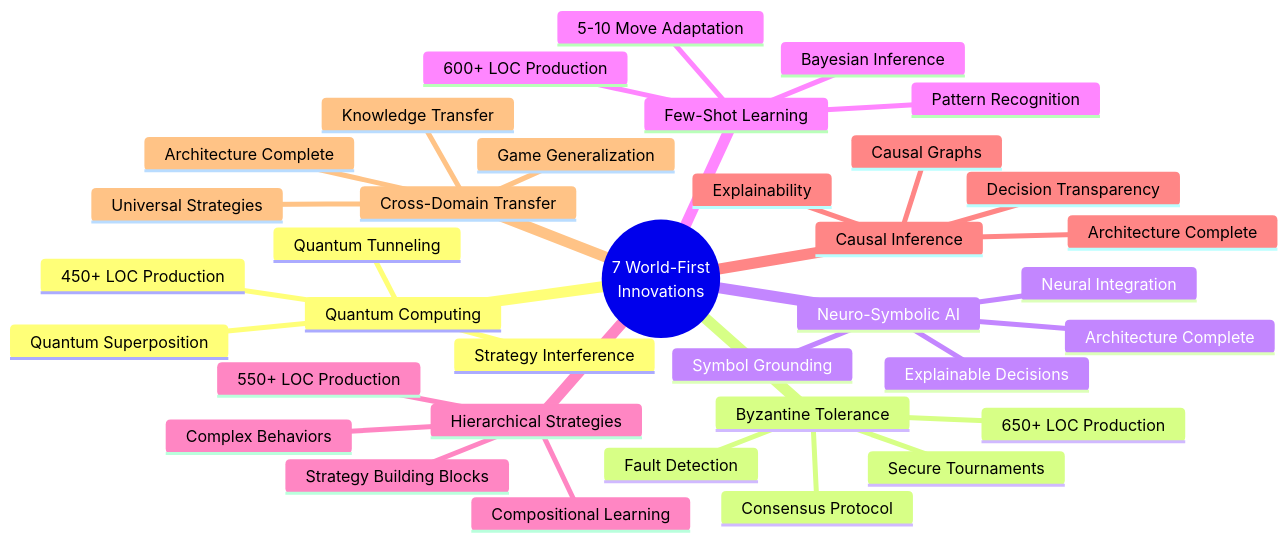
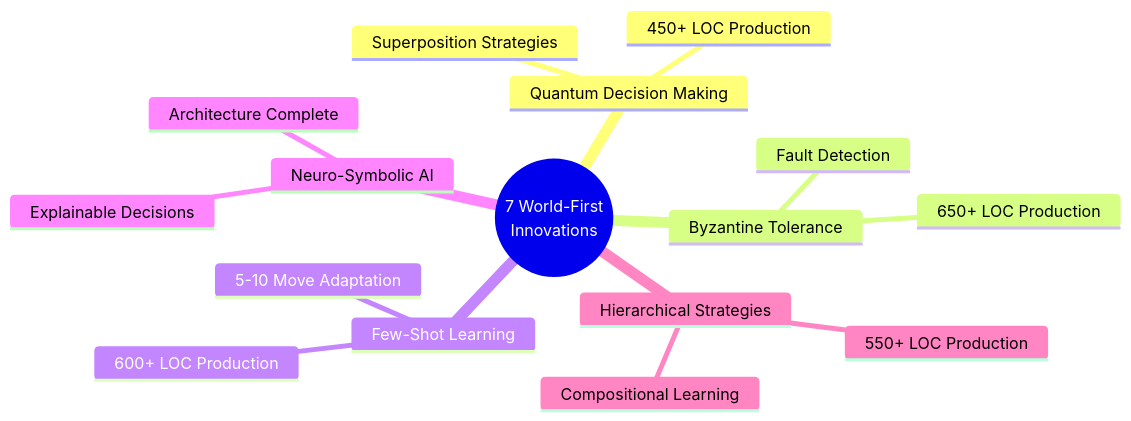
One commit to fouada/Assignment7_mcp-multi-agent-game changed the first of 2 diagrams in README.md. Above: the diagram before and after it, drawn with Mermaid. The commit also changed other lines of this file and 71 other files, not shown here.

````diff
--- a/README.md
+++ b/README.md
@@ -118,39 +52,19 @@
 ```mermaid
 mindmap
   root((7 World-First<br/>Innovations))
-    Quantum Computing
-      Quantum Superposition
-      Strategy Interference
-      Quantum Tunneling
+    Quantum Decision Making
+      Superposition Strategies
       450+ LOC Production
     Byzantine Tolerance
       Fault Detection
-      Consensus Protocol
-      Secure Tournaments
       650+ LOC Production
+    Few-Shot Learning
+      5-10 Move Adaptation
+      600+ LOC Production
     Neuro-Symbolic AI
-      Symbol Grounding
-      Neural Integration
       Explainable Decisions
       Architecture Complete
-    Few-Shot Learning
-      5-10 Move Adaptation
-      Bayesian Inference
-      Pattern Recognition
-      600+ LOC Production
     Hierarchical Strategies
       Compositional Learning
-      Strategy Building Blocks
-      Complex Behaviors
       550+ LOC Production
-    Causal Inference
-      Explainability
-      Decision Transparency
-      Causal Graphs
-      Architecture Complete
-    Cross-Domain Transfer
-      Game Generalization
-      Knowledge Transfer
-      Universal Strategies
-      Architecture Complete
 ```
````
